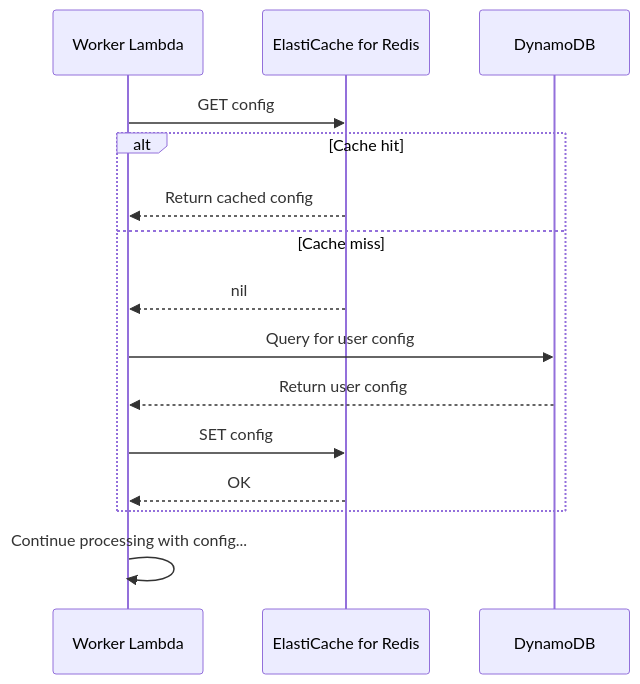
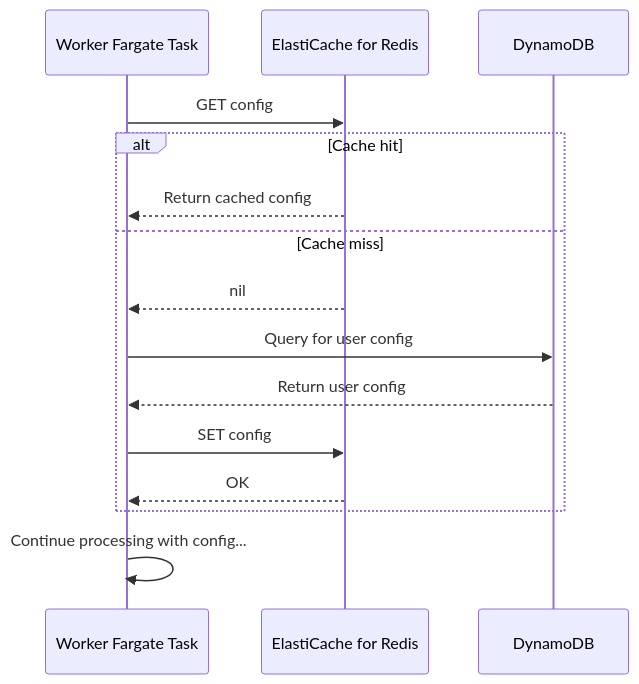
One commit to dino10bit/healthsync changed the first of 2 diagrams in 16-performance-optimization.md. Above: the diagram before and after it, drawn with Mermaid. The commit also changed other lines of this file, not shown here.

First line of the commit message:
Update 16-performance-optimization.md for Fargate

````diff
--- a/16-performance-optimization.md
+++ b/16-performance-optimization.md
@@ -123,20 +113,20 @@
     ```mermaid
     sequenceDiagram
-        participant Worker as Worker Lambda
+        participant Worker as Worker Fargate Task
         participant Cache as ElastiCache for Redis
         participant DB as DynamoDB
     
         Worker->>Cache: GET config#{userId}
         alt Cache hit
             Cache-->>Worker: Return cached config
         else Cache miss
             Cache-->>Worker: nil
             Worker->>DB: Query for user config
             DB-->>Worker: Return user config
             Worker->>Cache: SET config#{userId} (with TTL)
             Cache-->>Worker: OK
         end
     
         Worker->>Worker: Continue processing with config...
 
     ```
````
